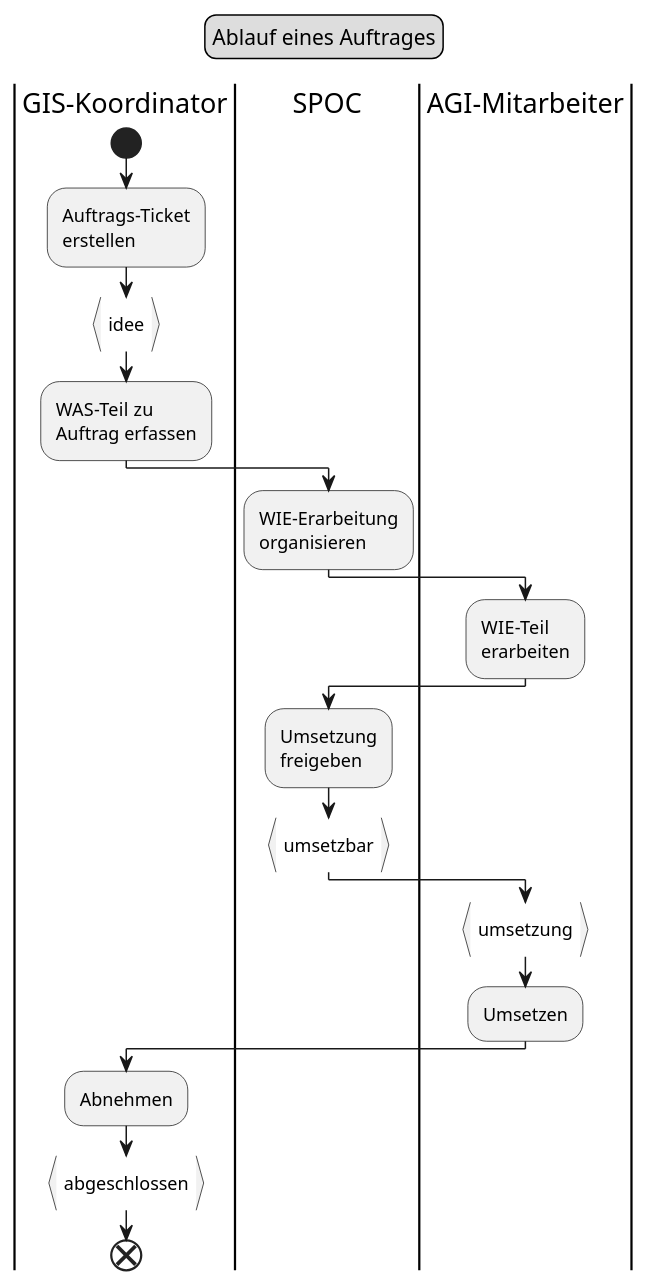
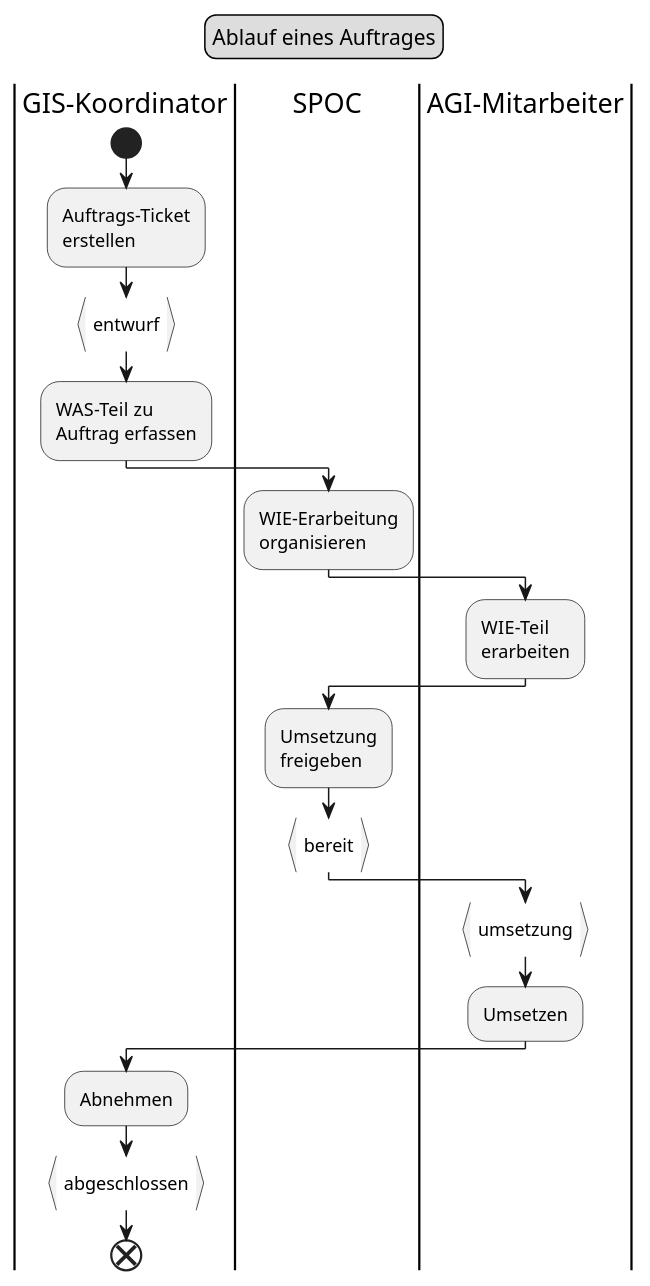
One commit to ojeker/docktick changed the diagram in puml/src/flow_auftrag.puml. Above: the diagram before and after it, drawn with PlantUML. The commit also changed 3 other files, not shown here.

```diff
--- a/puml/src/flow_auftrag.puml
+++ b/puml/src/flow_auftrag.puml
@@ -1,30 +1,30 @@
 @startuml
 legend top
 	Ablauf eines Auftrages
 end legend
 
 |GIS-Koordinator|
 start
 :Auftrags-Ticket
 erstellen;
-:idee}
+:entwurf}
 :WAS-Teil zu
 Auftrag erfassen;
 |SPOC|
 :WIE-Erarbeitung
 organisieren;
 |AGI-Mitarbeiter|
 :WIE-Teil
 erarbeiten;
 |SPOC|
 :Umsetzung
 freigeben;
-:umsetzbar}
+:bereit}
 |AGI-Mitarbeiter|
 :umsetzung}
 :Umsetzen;
 |GIS-Koordinator|
 :Abnehmen;
 :abgeschlossen}
 end
 @enduml
```
